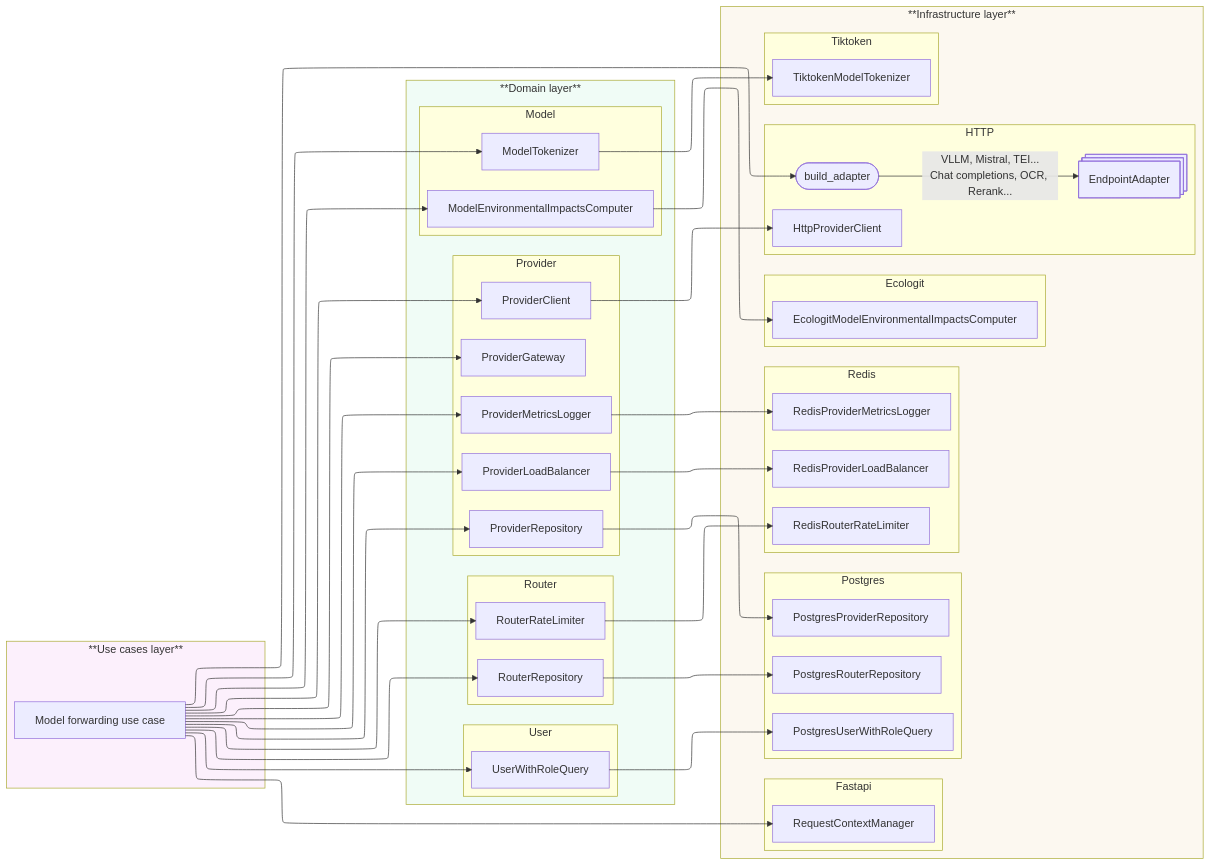
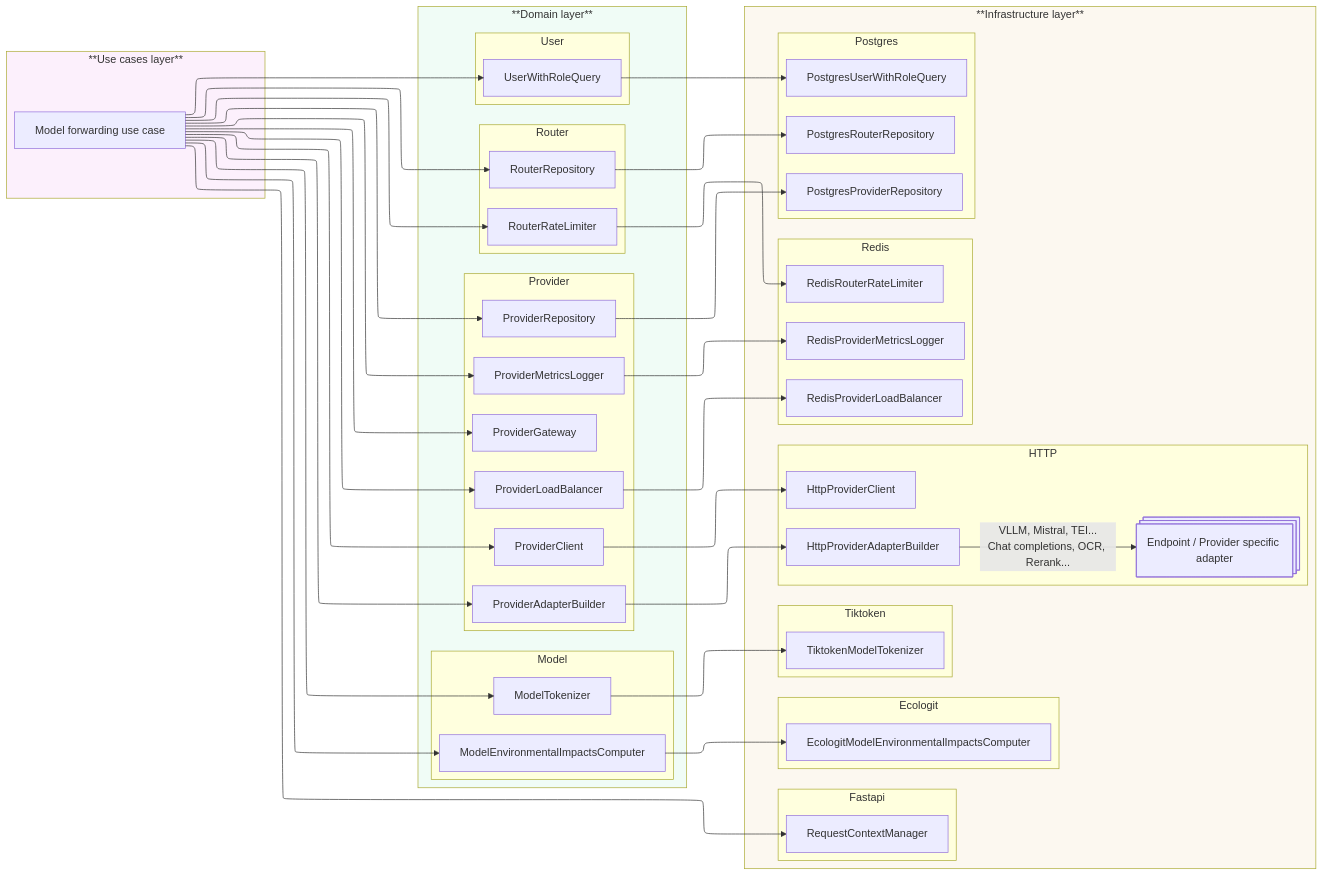
Before and after one commit to etalab-ia/OpenGateLLM: the third of 3 diagrams in adr/2026-05-28-refactoring-model-forwarding.md, drawn with Mermaid. The commit also changed 91 other files, not shown here.

```diff
--- a/adr/2026-05-28-refactoring-model-forwarding.md
+++ b/adr/2026-05-28-refactoring-model-forwarding.md
@@ -131,6 +131,7 @@
         router_rate_limiter[RouterRateLimiter]
     end
     subgraph Provider
+        provider_adapter_builder[ProviderAdapterBuilder]
         provider_repository[ProviderRepository]
         provider_gateway[ProviderGateway]
         provider_load_balancer[ProviderLoadBalancer]
@@ -151,9 +152,9 @@
         request_manager[RequestContextManager]
     end
     subgraph HTTP
+        http_provider_adapter_builder[HttpProviderAdapterBuilder]
         http_provider_client[HttpProviderClient]
-        build_adapter([build_adapter])
-        endpoint_adapter@{ shape: procs, label: EndpointAdapter}
+        adapter@{ shape: procs, label: Endpoint / Provider specific adapter}
     end
 
 
@@ -177,9 +178,11 @@
     end
 end
 
+use_case --> request_manager
 use_case --> router_repository
 use_case --> router_rate_limiter
 use_case --> provider_repository
+use_case --> provider_adapter_builder
 use_case --> provider_gateway
 use_case --> provider_load_balancer
 use_case --> provider_client
@@ -188,12 +191,11 @@
 use_case --> model_tokenizer
 use_case --> user_with_role_query
 
-use_case --> request_manager
-use_case --> build_adapter
 
 
+provider_adapter_builder --> http_provider_adapter_builder
 provider_client --> http_provider_client
-build_adapter --VLLM, Mistral, TEI...<br>Chat completions, OCR, Rerank...--> endpoint_adapter
+http_provider_adapter_builder --VLLM, Mistral, TEI...<br>Chat completions, OCR, Rerank...--> adapter
 model_environmental_impacts_computer --> ecologit_model_environmental_impacts_computer
 model_tokenizer --> tiktoken_model_tokenizer
 provider_metrics_logger --> redis_provider_metrics_logger
```
